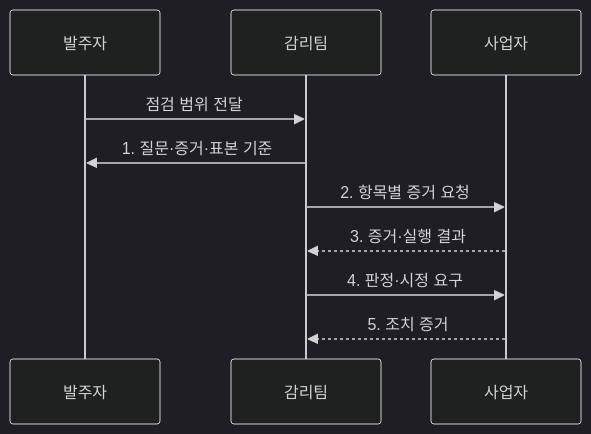
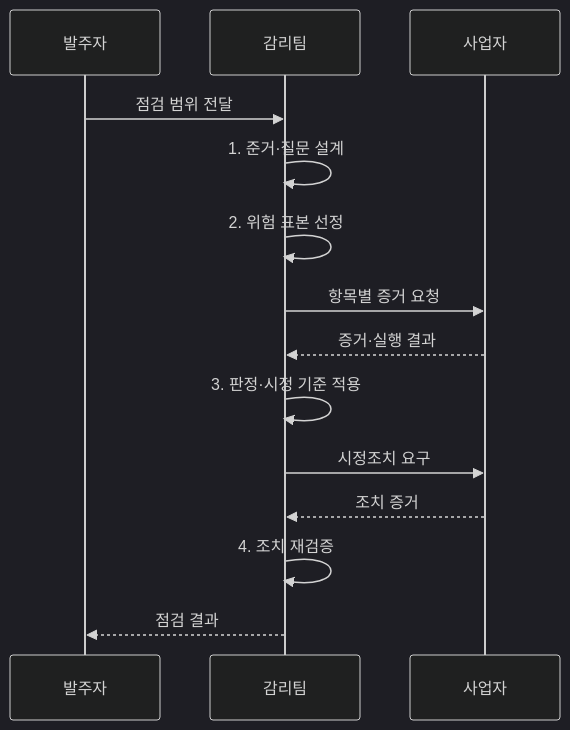
One commit to agnusdei1207/knowledge-base changed the second of 2 diagrams in src/content/docs/notes/06-evaluation/044_audit_checklist.md. Above: the diagram before and after it, drawn with Mermaid (dark theme). The commit also changed other lines of this file and 11 other files, not shown here.

````diff
--- a/src/content/docs/notes/06-evaluation/044_audit_checklist.md
+++ b/src/content/docs/notes/06-evaluation/044_audit_checklist.md
@@ -85,12 +82,16 @@
 ```mermaid
 sequenceDiagram
     participant C as 발주자
     participant A as 감리팀
     participant S as 사업자
     C->>A: 점검 범위 전달
-    A->>C: 1. 질문·증거·표본 기준
-    A->>S: 2. 항목별 증거 요청
-    S-->>A: 3. 증거·실행 결과
-    A->>S: 4. 판정·시정 요구
-    S-->>A: 5. 조치 증거
+    A->>A: 1. 준거·질문 설계
+    A->>A: 2. 위험 표본 선정
+    A->>S: 항목별 증거 요청
+    S-->>A: 증거·실행 결과
+    A->>A: 3. 판정·시정 기준 적용
+    A->>S: 시정조치 요구
+    S-->>A: 조치 증거
+    A->>A: 4. 조치 재검증
+    A-->>C: 점검 결과
 ```
````
